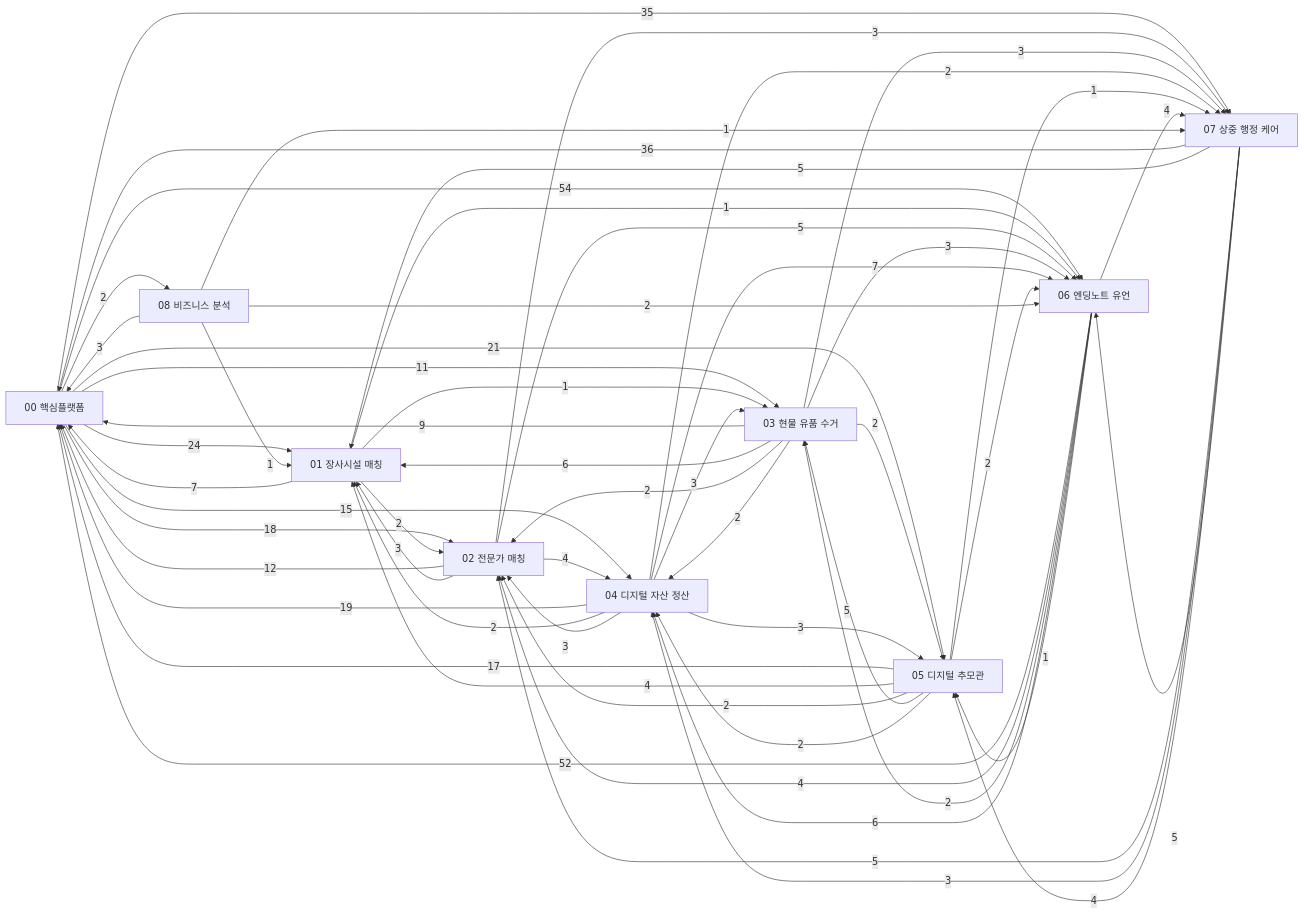
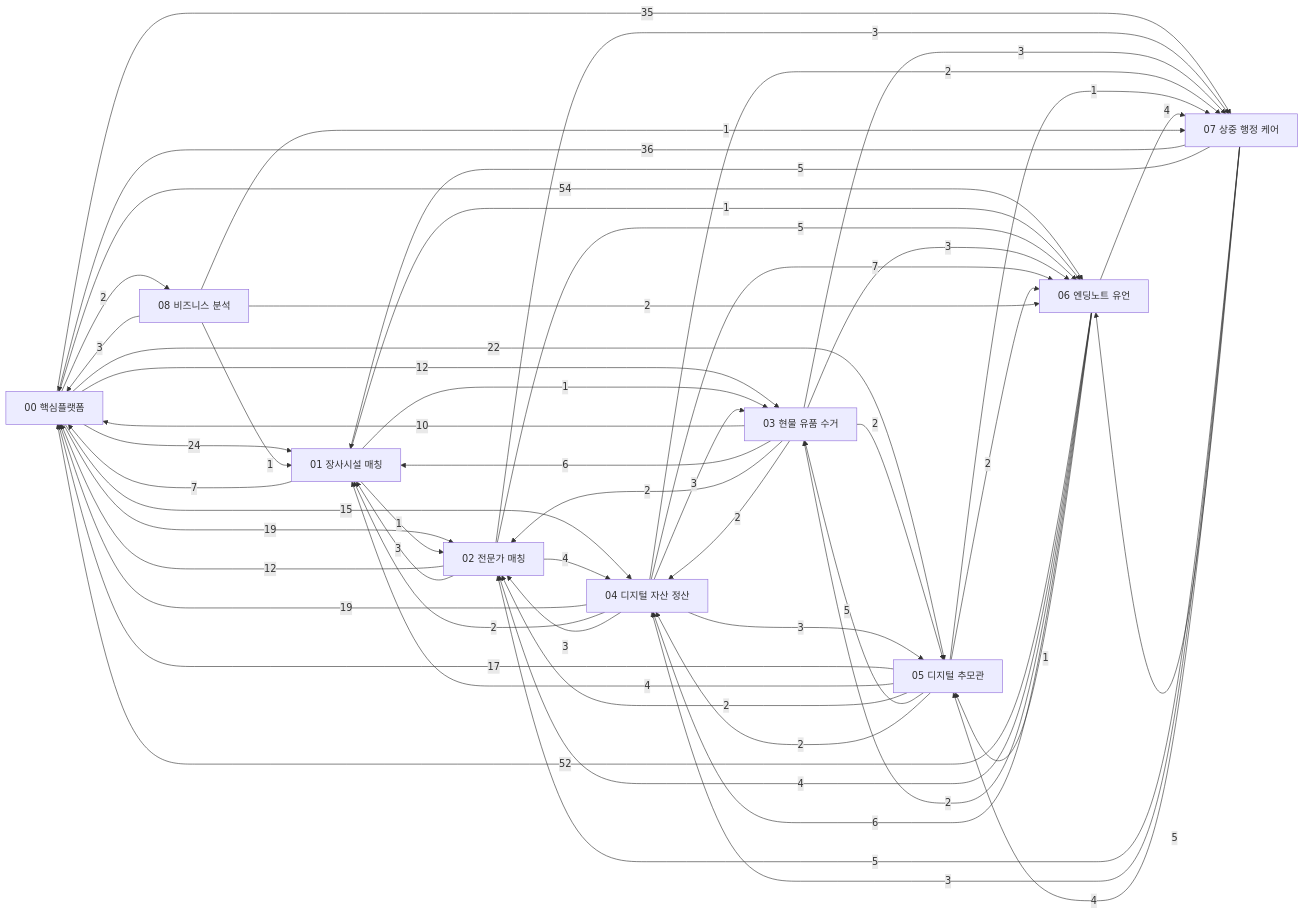
The diagram in docs/00_DOCS_INDEX.md (Hyunews/Eobom), drawn with Mermaid before and after one commit. The commit also changed other lines of this file and 8 other files, not shown here.

````diff
--- a/docs/00_DOCS_INDEX.md
+++ b/docs/00_DOCS_INDEX.md
@@ -53,66 +53,66 @@
 ```mermaid
 flowchart LR
   D00["00 핵심플랫폼"]
   D01["01 장사시설 매칭"]
   D02["02 전문가 매칭"]
   D03["03 현물 유품 수거"]
   D04["04 디지털 자산 정산"]
   D05["05 디지털 추모관"]
   D06["06 엔딩노트 유언"]
   D07["07 상중 행정 케어"]
   D08["08 비즈니스 분석"]
   D00 -->|24| D01
-  D00 -->|18| D02
-  D00 -->|11| D03
+  D00 -->|19| D02
+  D00 -->|12| D03
   D00 -->|15| D04
-  D00 -->|21| D05
+  D00 -->|22| D05
   D00 -->|54| D06
   D00 -->|35| D07
   D00 -->|2| D08
   D01 -->|7| D00
-  D01 -->|2| D02
+  D01 -->|1| D02
   D01 -->|1| D03
   D01 -->|1| D06
   D02 -->|12| D00
   D02 -->|3| D01
   D02 -->|4| D04
   D02 -->|5| D06
   D02 -->|3| D07
-  D03 -->|9| D00
+  D03 -->|10| D00
   D03 -->|6| D01
   D03 -->|2| D02
   D03 -->|2| D04
   D03 -->|2| D05
   D03 -->|3| D06
   D03 -->|3| D07
   D04 -->|19| D00
   D04 -->|2| D01
   D04 -->|3| D02
   D04 -->|3| D03
   D04 -->|3| D05
   D04 -->|7| D06
   D04 -->|2| D07
   D05 -->|17| D00
   D05 -->|4| D01
   D05 -->|2| D02
   D05 -->|5| D03
   D05 -->|2| D04
   D05 -->|2| D06
   D05 -->|1| D07
   D06 -->|52| D00
   D06 -->|4| D02
   D06 -->|2| D03
   D06 -->|6| D04
   D06 -->|1| D05
   D06 -->|4| D07
   D07 -->|36| D00
   D07 -->|5| D01
   D07 -->|5| D02
   D07 -->|3| D04
   D07 -->|4| D05
   D07 -->|5| D06
   D08 -->|3| D00
   D08 -->|1| D01
   D08 -->|2| D06
   D08 -->|1| D07
 ```
````
